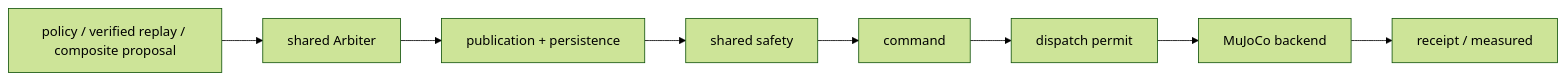
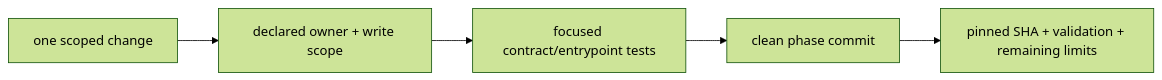
Before and after one commit to xiaopangxiexyg/AgenticRobot: the ninth of 9 diagrams in docs/architecture/dexteleop_architecture_visual_guide.md, drawn with Mermaid (forest theme). The commit also changed other lines of this file and 3 other files, not shown here.

Commit message:
docs: refresh the architecture visual guide

````diff
--- a/docs/architecture/dexteleop_architecture_visual_guide.md
+++ b/docs/architecture/dexteleop_architecture_visual_guide.md
@@ -772,10 +273,7 @@
 ```mermaid
 flowchart LR
-    P["policy / verified replay / composite proposal"] --> A["shared Arbiter"]
-    A --> Pubs["publication + persistence"]
-    Pubs --> S["shared safety"]
-    S --> C["command"]
-    C --> Permit["dispatch permit"]
-    Permit --> MJ["MuJoCo backend"]
-    MJ --> R["receipt / measured"]
+    Change["one scoped change"] --> Owner["declared owner + write scope"]
+    Owner --> Test["focused contract/entrypoint tests"]
+    Test --> Commit["clean phase commit"]
+    Commit --> Handoff["pinned SHA + validation + remaining limits"]
 ```
````
